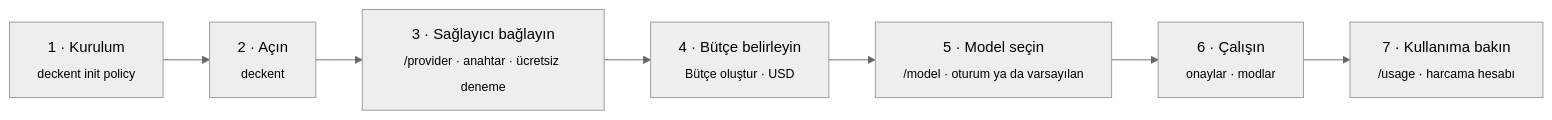
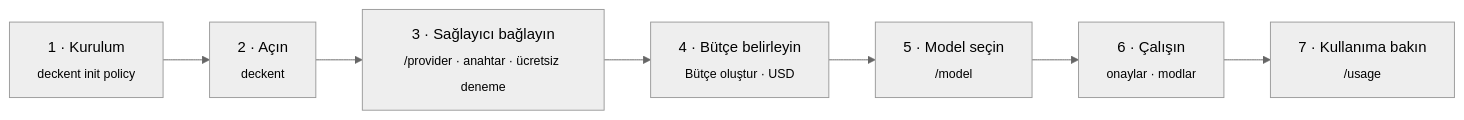
The third of 6 diagrams in README.tr.md (Verhex/deckent-next), drawn with Mermaid (neutral theme) before and after one commit. The commit also changed other lines of this file and 3 other files, not shown here.

````diff
--- a/README.tr.md
+++ b/README.tr.md
@@ -92,9 +152,9 @@
 ```mermaid
 flowchart LR
   I["1 · Kurulum<br/><sub>deckent init policy</sub>"] --> O["2 · Açın<br/><sub>deckent</sub>"]
   O --> P["3 · Sağlayıcı bağlayın<br/><sub>/provider · anahtar · ücretsiz deneme</sub>"]
   P --> B["4 · Bütçe belirleyin<br/><sub>Bütçe oluştur · USD</sub>"]
-  B --> M["5 · Model seçin<br/><sub>/model · oturum ya da varsayılan</sub>"]
+  B --> M["5 · Model seçin<br/><sub>/model</sub>"]
   M --> W["6 · Çalışın<br/><sub>onaylar · modlar</sub>"]
-  W --> U["7 · Kullanıma bakın<br/><sub>/usage · harcama hesabı</sub>"]
+  W --> U["7 · Kullanıma bakın<br/><sub>/usage</sub>"]
 ```
````
